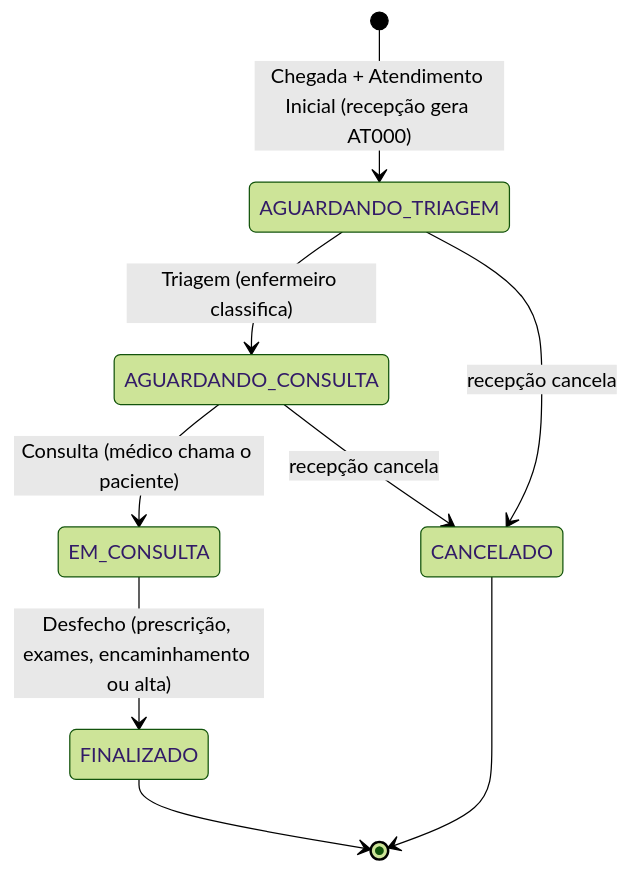
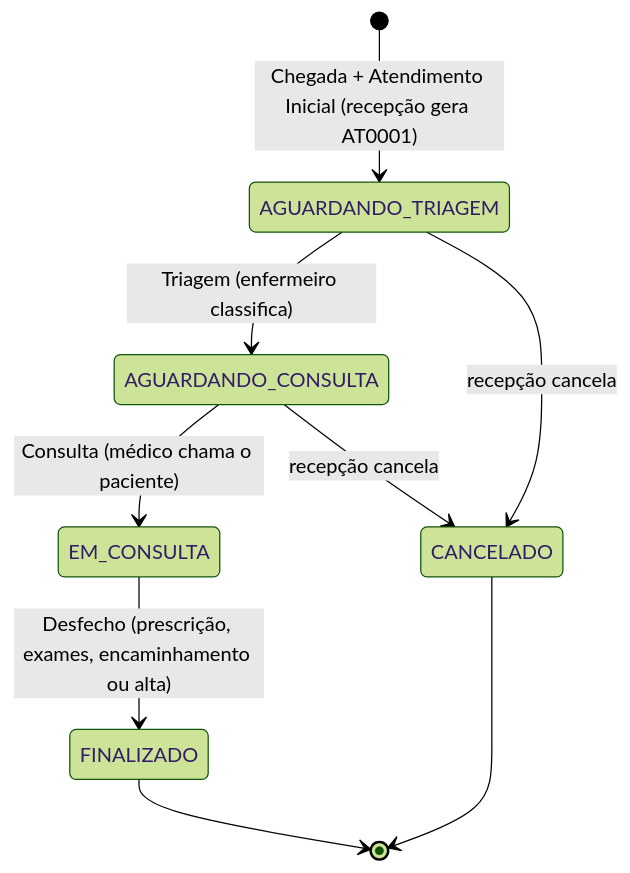
Before and after one commit to bandin01/Sistema-de-Atendimento-de-Pronto-Socorro: the third of 4 diagrams in docs/MER.md, drawn with Mermaid (forest theme). The commit also changed other lines of this file and 105 other files, not shown here.

````diff
--- a/docs/MER.md
+++ b/docs/MER.md
@@ -165,11 +165,11 @@
 ```mermaid
 stateDiagram-v2
-  [*] --> AGUARDANDO_TRIAGEM: Chegada + Atendimento Inicial (recepção gera AT000)
+  [*] --> AGUARDANDO_TRIAGEM: Chegada + Atendimento Inicial (recepção gera AT0001)
   AGUARDANDO_TRIAGEM --> AGUARDANDO_CONSULTA: Triagem (enfermeiro classifica)
   AGUARDANDO_CONSULTA --> EM_CONSULTA: Consulta (médico chama o paciente)
   EM_CONSULTA --> FINALIZADO: Desfecho (prescrição, exames, encaminhamento ou alta)
   AGUARDANDO_TRIAGEM --> CANCELADO: recepção cancela
   AGUARDANDO_CONSULTA --> CANCELADO: recepção cancela
   FINALIZADO --> [*]
   CANCELADO --> [*]
 ```
````
